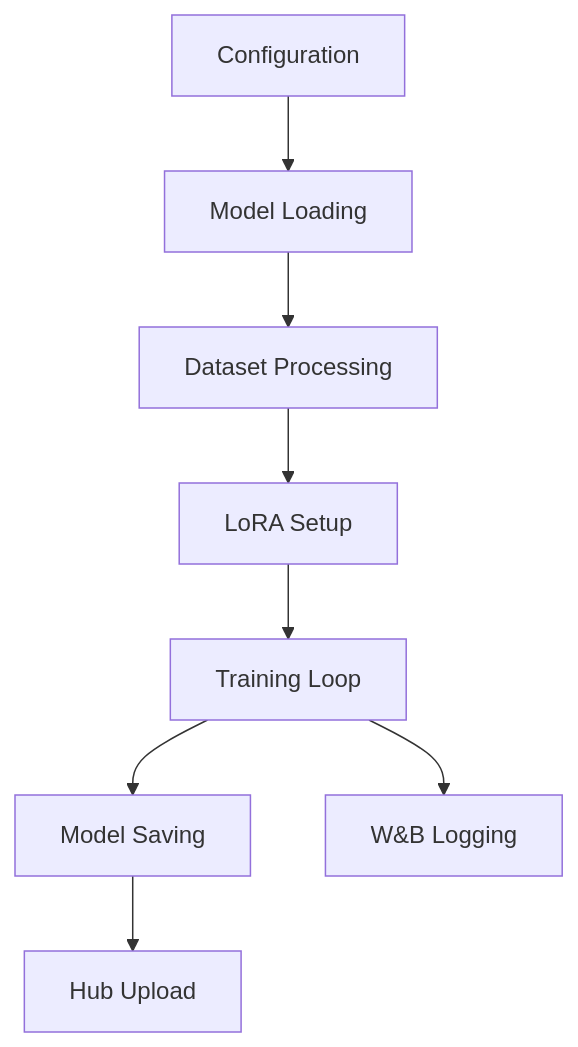
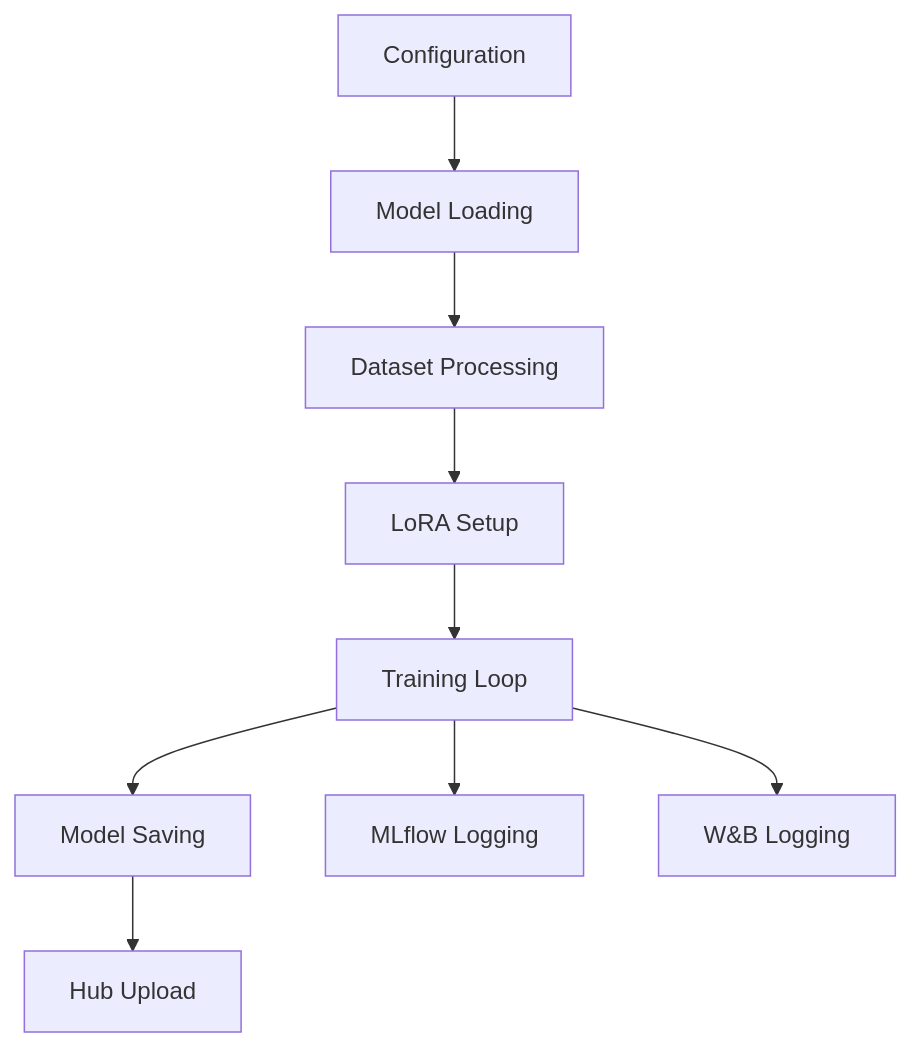
One commit to Fine-Tuning-Team/Fine-Tune-Pipeline changed the diagram in docs/components/fine-tuner.md. Above: the diagram before and after it, drawn with Mermaid. The commit also changed other lines of this file and 4 other files, not shown here.

````diff
--- a/docs/components/fine-tuner.md
+++ b/docs/components/fine-tuner.md
@@ -26,10 +27,11 @@
 ```mermaid
 graph TD
     A[Configuration] --> B[Model Loading]
     B --> C[Dataset Processing]
     C --> D[LoRA Setup]
     D --> E[Training Loop]
     E --> F[Model Saving]
-    E --> G[W&B Logging]
-    F --> H[Hub Upload]
+    E --> G[MLflow Logging]
+    E --> H[W&B Logging]
+    F --> I[Hub Upload]
 ```
````
